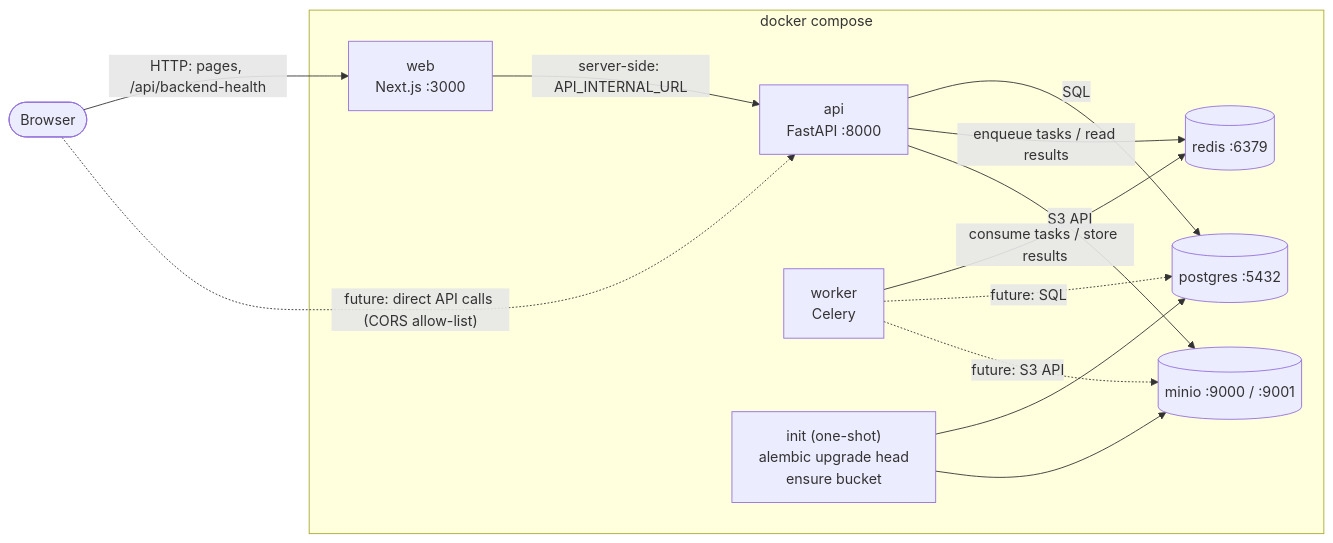
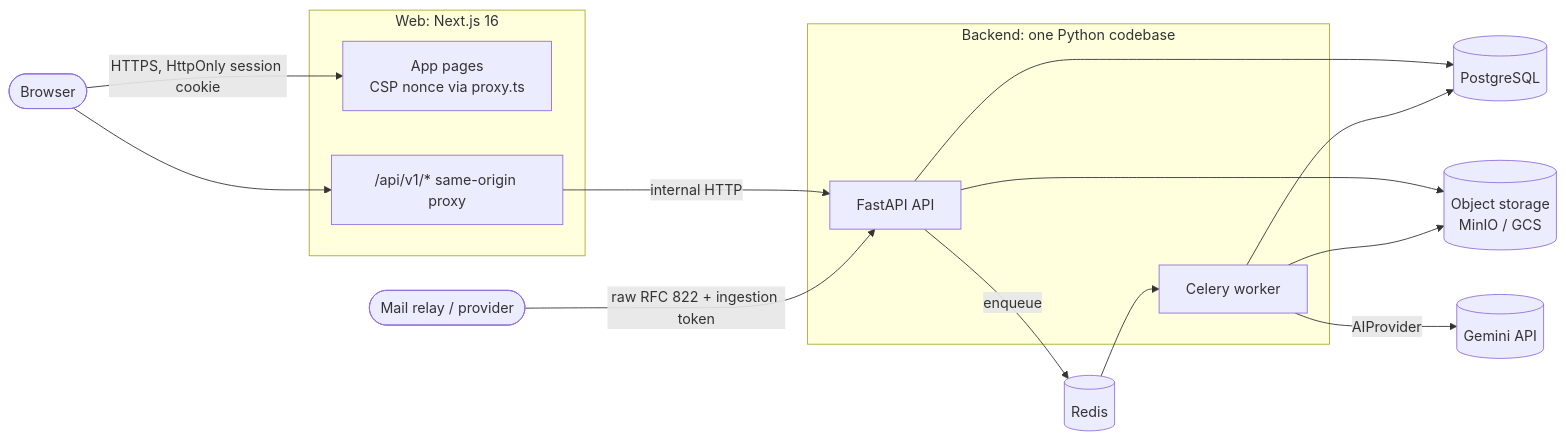
The first of 2 diagrams in docs/architecture.md (entrepreneur-debu/invoice-risk-os), drawn with Mermaid before and after one commit. The commit also changed other lines of this file and 40 other files, not shown here.

````diff
--- a/docs/architecture.md
+++ b/docs/architecture.md
@@ -22,26 +10,32 @@
 ```mermaid
 flowchart LR
     browser([Browser])
+    mail([Mail relay / provider])
+    gemini[(Gemini API)]
 
-    subgraph compose[docker compose]
-        web["web<br/>Next.js :3000"]
-        api["api<br/>FastAPI :8000"]
-        worker["worker<br/>Celery"]
-        init["init (one-shot)<br/>alembic upgrade head<br/>ensure bucket"]
-        pg[("postgres :5432")]
-        redis[("redis :6379")]
-        minio[("minio :9000 / :9001")]
+    subgraph web[Web: Next.js 16]
+        pages[App pages<br/>CSP nonce via proxy.ts]
+        bff["/api/v1/* same-origin proxy"]
     end
 
-    browser -->|"HTTP: pages, /api/backend-health"| web
-    web -->|"server-side: API_INTERNAL_URL"| api
-    browser -. "future: direct API calls (CORS allow-list)" .-> api
-    api -->|SQL| pg
-    api -->|"enqueue tasks / read results"| redis
-    api -->|S3 API| minio
-    worker -->|"consume tasks / store results"| redis
-    worker -.->|"future: SQL"| pg
-    worker -.->|"future: S3 API"| minio
-    init --> pg
-    init --> minio
+    subgraph backend[Backend: one Python codebase]
+        api[FastAPI API]
+        worker[Celery worker]
+    end
+
+    pg[(PostgreSQL)]
+    redis[(Redis)]
+    store[(Object storage<br/>MinIO / GCS)]
+
+    browser -->|HTTPS, HttpOnly session cookie| pages
+    browser --> bff
+    bff -->|internal HTTP| api
+    mail -->|raw RFC 822 + ingestion token| api
+    api --> pg
+    api -->|enqueue| redis
+    api --> store
+    redis --> worker
+    worker --> pg
+    worker --> store
+    worker -->|AIProvider| gemini
 ```
````
